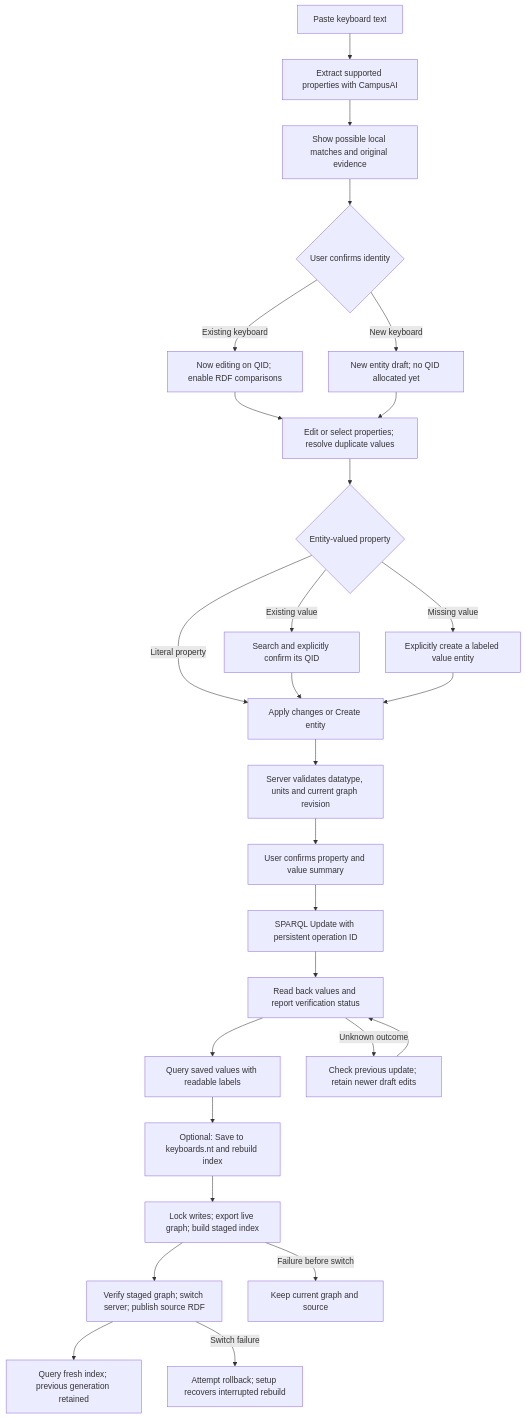
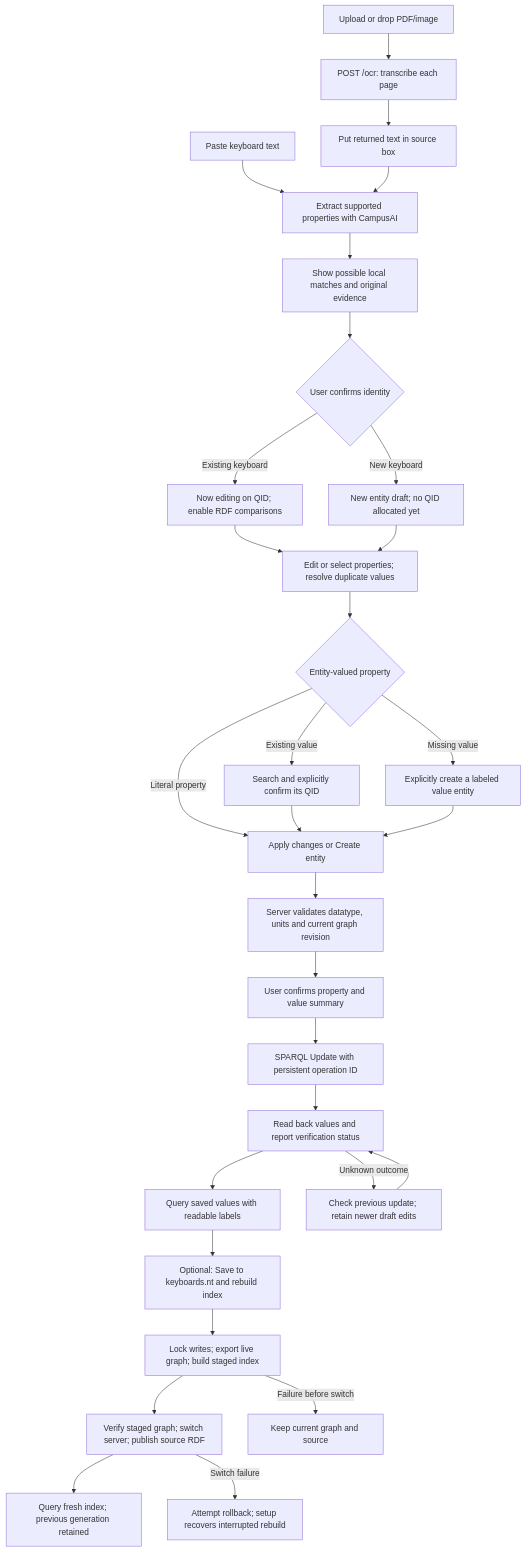
Before and after one commit to hawks23/anywikia: the first of 3 diagrams in workflow.md, drawn with Mermaid. The commit also changed other lines of this file and 17 other files, not shown here.

First line of the commit message:
Add PDF and image OCR uploads to the extraction workflow

````diff
--- a/workflow.md
+++ b/workflow.md
@@ -8,29 +8,32 @@
 ```mermaid
 flowchart TD
     A[Paste keyboard text] --> B[Extract supported properties with CampusAI]
+    UP[Upload or drop PDF/image] --> OCR[POST /ocr: transcribe each page]
+    OCR --> TEXT[Put returned text in source box]
+    TEXT --> B
     B --> C[Show possible local matches and original evidence]
     C --> D{User confirms identity}
     D -->|Existing keyboard| E[Now editing on QID; enable RDF comparisons]
     D -->|New keyboard| F[New entity draft; no QID allocated yet]
     E --> G[Edit or select properties; resolve duplicate values]
     F --> G
     G --> V{Entity-valued property}
     V -->|Existing value| W[Search and explicitly confirm its QID]
     V -->|Missing value| X[Explicitly create a labeled value entity]
     V -->|Literal property| H[Apply changes or Create entity]
     W --> H
     X --> H
     H --> I[Server validates datatype, units and current graph revision]
     I --> J[User confirms property and value summary]
     J --> K[SPARQL Update with persistent operation ID]
     K --> L[Read back values and report verification status]
     L --> M[Query saved values with readable labels]
     L -->|Unknown outcome| R[Check previous update; retain newer draft edits]
     R --> L
     M --> N[Optional: Save to keyboards.nt and rebuild index]
     N --> O[Lock writes; export live graph; build staged index]
     O --> P[Verify staged graph; switch server; publish source RDF]
     P --> Q[Query fresh index; previous generation retained]
     O -->|Failure before switch| S[Keep current graph and source]
     P -->|Switch failure| T[Attempt rollback; setup recovers interrupted rebuild]
 ```
````
